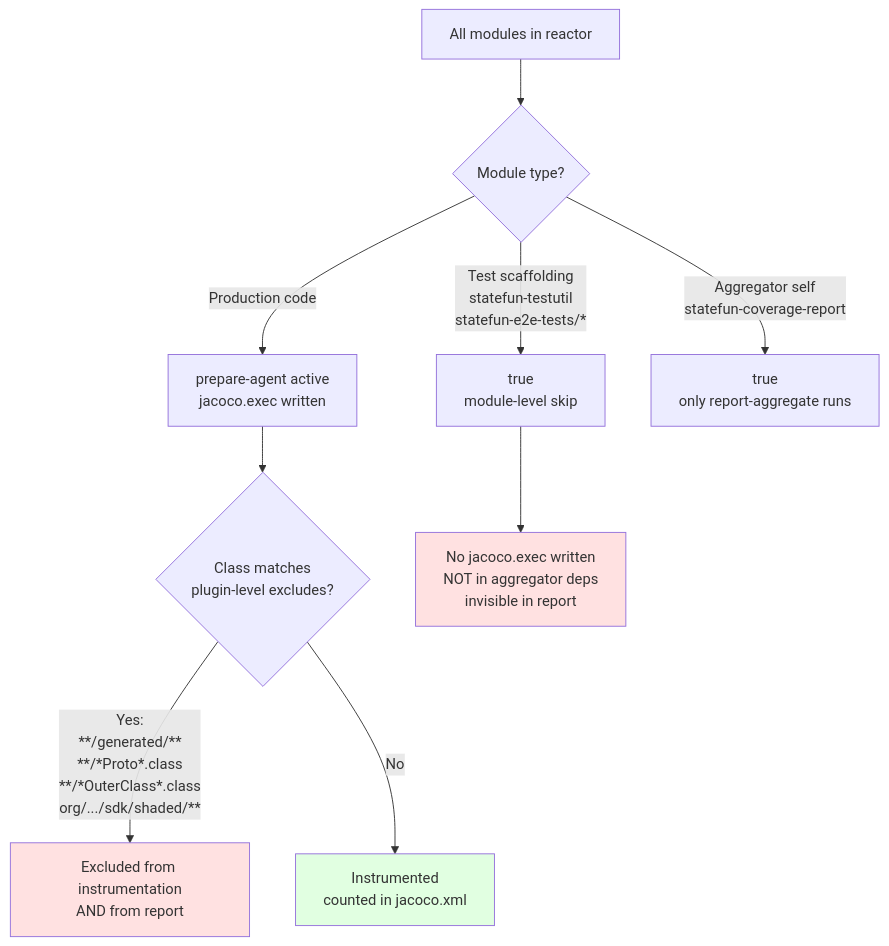
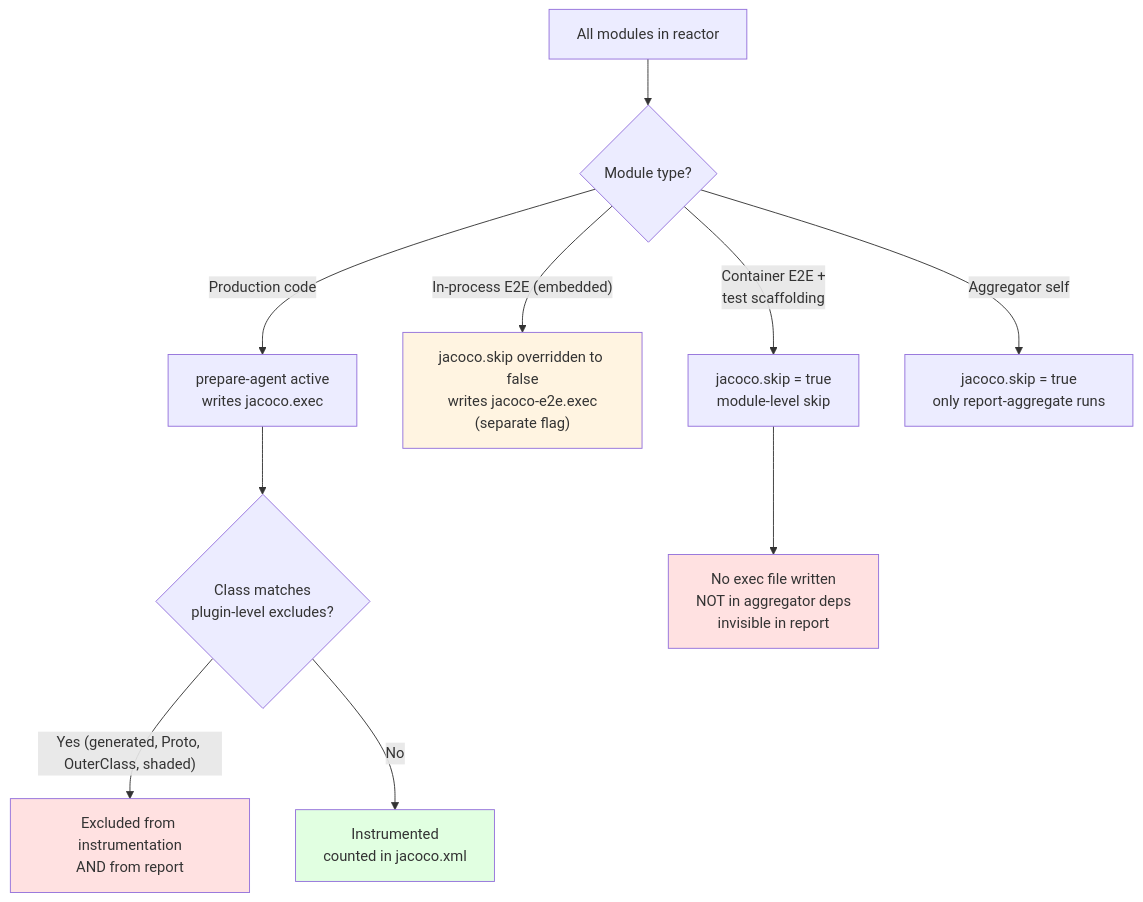
One commit to kzmlabs/flink-statefun changed the fourth of 5 diagrams in statefun-coverage-report/README.md. Above: the diagram before and after it, drawn with Mermaid. The commit also changed other lines of this file, not shown here.

First line of the commit message:
docs(coverage): refresh aggregator README for two-flag setup

````diff
--- a/statefun-coverage-report/README.md
+++ b/statefun-coverage-report/README.md
@@ -142,18 +137,20 @@
 ```mermaid
 flowchart TB
-    M[All modules in reactor] --> CHK{Module type?}
+    M["All modules in reactor"] --> CHK{"Module type?"}
 
-    CHK -->|Production code| P[prepare-agent active<br/>jacoco.exec written]
-    CHK -->|Test scaffolding<br/>statefun-testutil<br/>statefun-e2e-tests/*| S1[<jacoco.skip>true</jacoco.skip><br/>module-level skip]
-    CHK -->|Aggregator self<br/>statefun-coverage-report| S2[<jacoco.skip>true</jacoco.skip><br/>only report-aggregate runs]
+    CHK -->|"Production code"| P["prepare-agent active<br/>writes jacoco.exec"]
+    CHK -->|"In-process E2E (embedded)"| EE["jacoco.skip overridden to false<br/>writes jacoco-e2e.exec<br/>(separate flag)"]
+    CHK -->|"Container E2E +<br/>test scaffolding"| S1["jacoco.skip = true<br/>module-level skip"]
+    CHK -->|"Aggregator self"| S2["jacoco.skip = true<br/>only report-aggregate runs"]
 
-    P --> CL{Class matches<br/>plugin-level excludes?}
-    CL -->|Yes:<br/>**/generated/**<br/>**/*Proto*.class<br/>**/*OuterClass*.class<br/>org/.../sdk/shaded/**| EX[Excluded from instrumentation<br/>AND from report]
-    CL -->|No| INC[Instrumented<br/>counted in jacoco.xml]
+    P --> CL{"Class matches<br/>plugin-level excludes?"}
+    CL -->|"Yes (generated, Proto, OuterClass, shaded)"| EX["Excluded from instrumentation<br/>AND from report"]
+    CL -->|"No"| INC["Instrumented<br/>counted in jacoco.xml"]
 
-    S1 --> SKIP[No jacoco.exec written<br/>NOT in aggregator deps<br/>invisible in report]
+    S1 --> SKIP["No exec file written<br/>NOT in aggregator deps<br/>invisible in report"]
 
     style EX fill:#ffe1e1
     style SKIP fill:#ffe1e1
     style INC fill:#e1ffe1
+    style EE fill:#fff4e1
 ```
````
